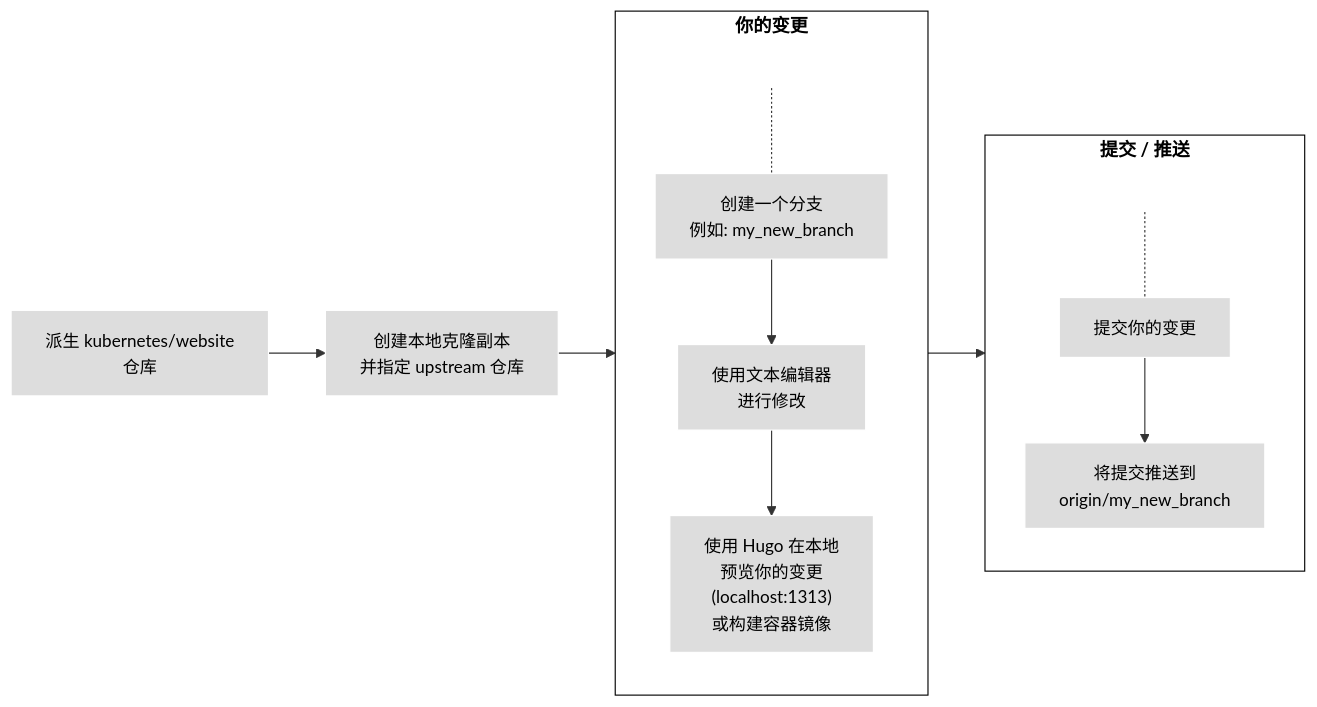
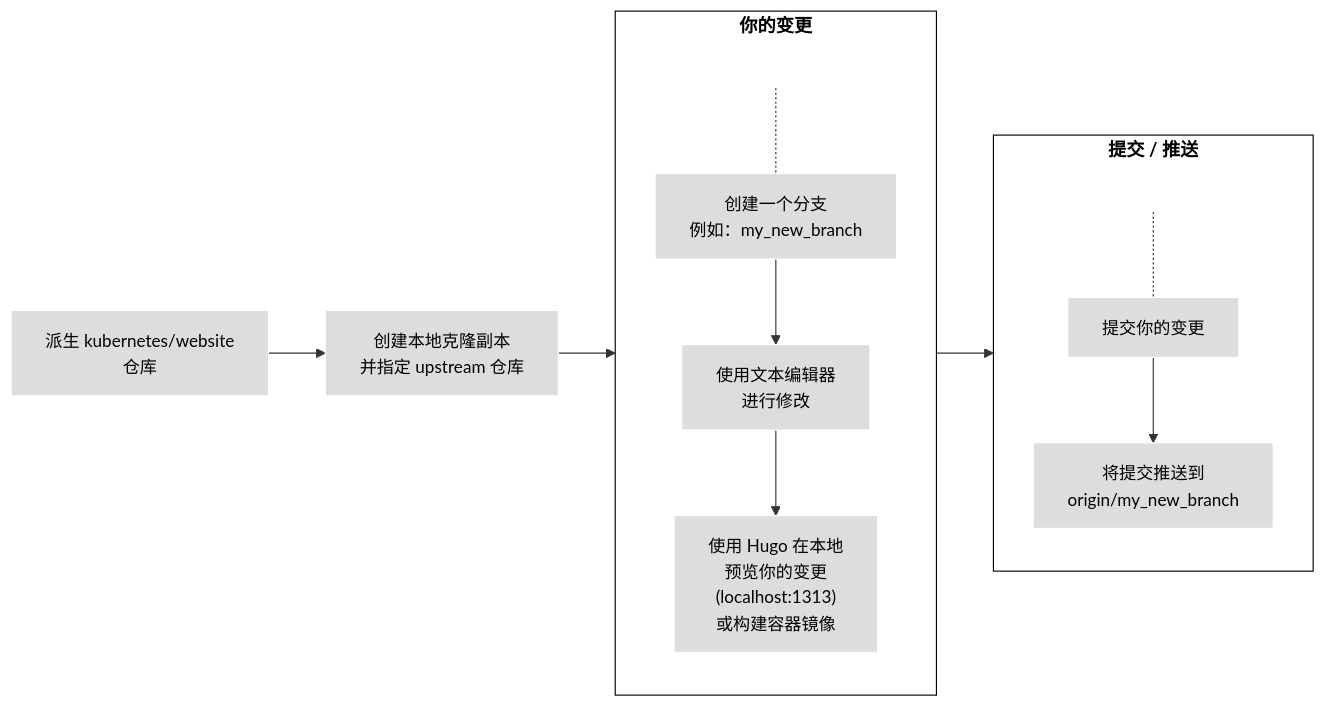
One commit to KimSJ15/kubernetes_website changed the second of 3 diagrams in content/zh-cn/docs/contribute/new-content/open-a-pr.md. Above: the diagram before and after it, drawn with Mermaid. The commit also changed other lines of this file and 3 other files, not shown here.

Commit message:
[zh-cn] sync issue-wrangler open-a-pr feature-gates diagram-guide

```diff
--- a/content/zh-cn/docs/contribute/new-content/open-a-pr.md
+++ b/content/zh-cn/docs/contribute/new-content/open-a-pr.md
@@ -228,24 +228,24 @@
 {{< mermaid >}}
 flowchart LR
 1[派生 kubernetes/website<br>仓库] --> 2[创建本地克隆副本<br>并指定 upstream 仓库]
 subgraph changes[你的变更]
 direction TB
 S[ ] -.-
-3[创建一个分支<br>例如: my_new_branch] --> 3a[使用文本编辑器<br>进行修改] --> 4["使用 Hugo 在本地<br>预览你的变更<br>(localhost:1313)<br>或构建容器镜像"]
+3[创建一个分支<br>例如：my_new_branch] --> 3a[使用文本编辑器<br>进行修改] --> 4["使用 Hugo 在本地<br>预览你的变更<br>(localhost:1313)<br>或构建容器镜像"]
 end
 subgraph changes2[提交 / 推送]
 direction TB
 T[ ] -.-
 5[提交你的变更] --> 6[将提交推送到<br>origin/my_new_branch]
 end
 
 2 --> changes --> changes2
 
 classDef grey fill:#dddddd,stroke:#ffffff,stroke-width:px,color:#000000, font-size:15px;
 classDef white fill:#ffffff,stroke:#000,stroke-width:px,color:#000,font-weight:bold
 classDef k8s fill:#326ce5,stroke:#fff,stroke-width:1px,color:#fff;
 classDef spacewhite fill:#ffffff,stroke:#fff,stroke-width:0px,color:#000
 class 1,2,3,3a,4,5,6 grey
 class S,T spacewhite
 class changes,changes2 white
 {{</ mermaid >}}
```
